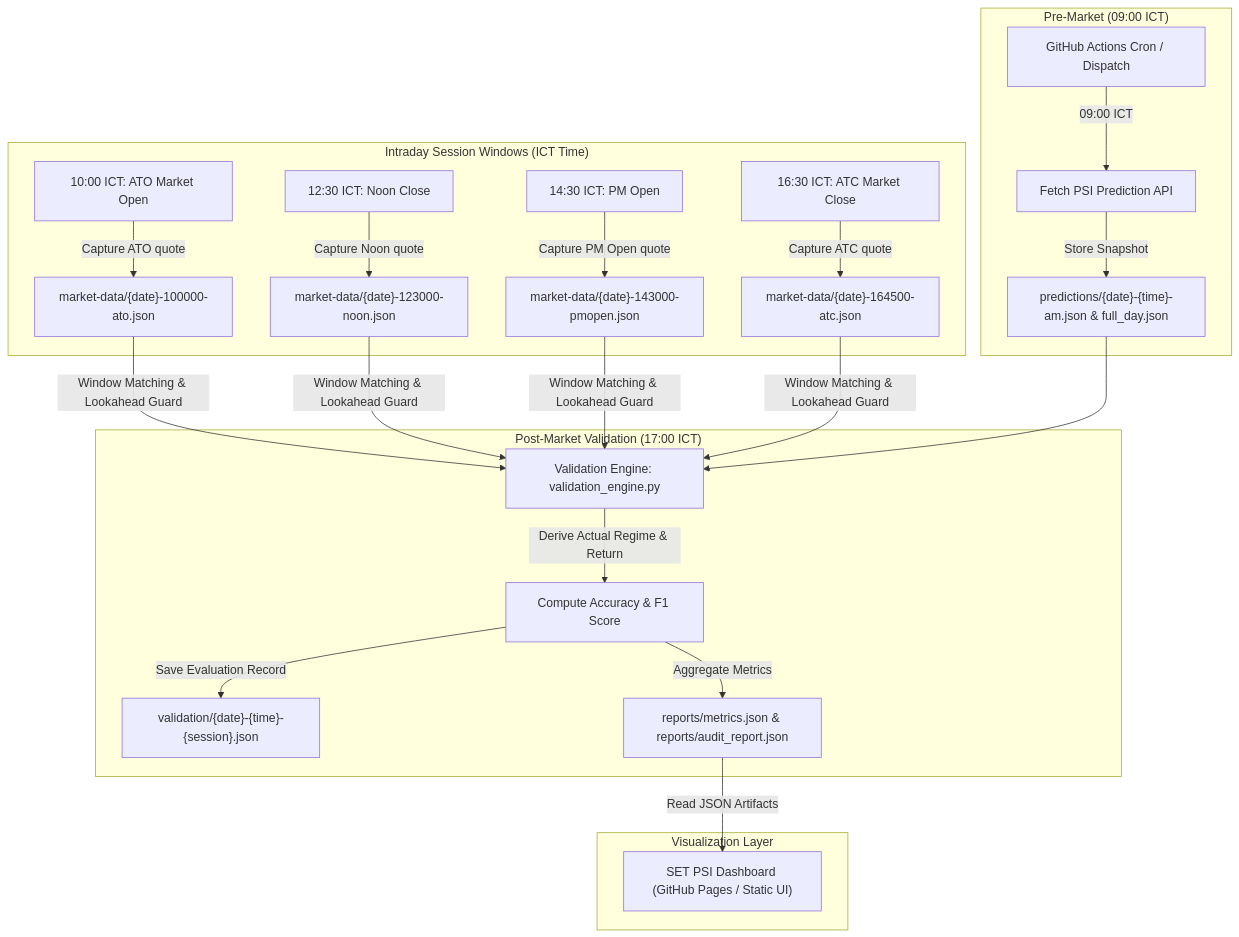
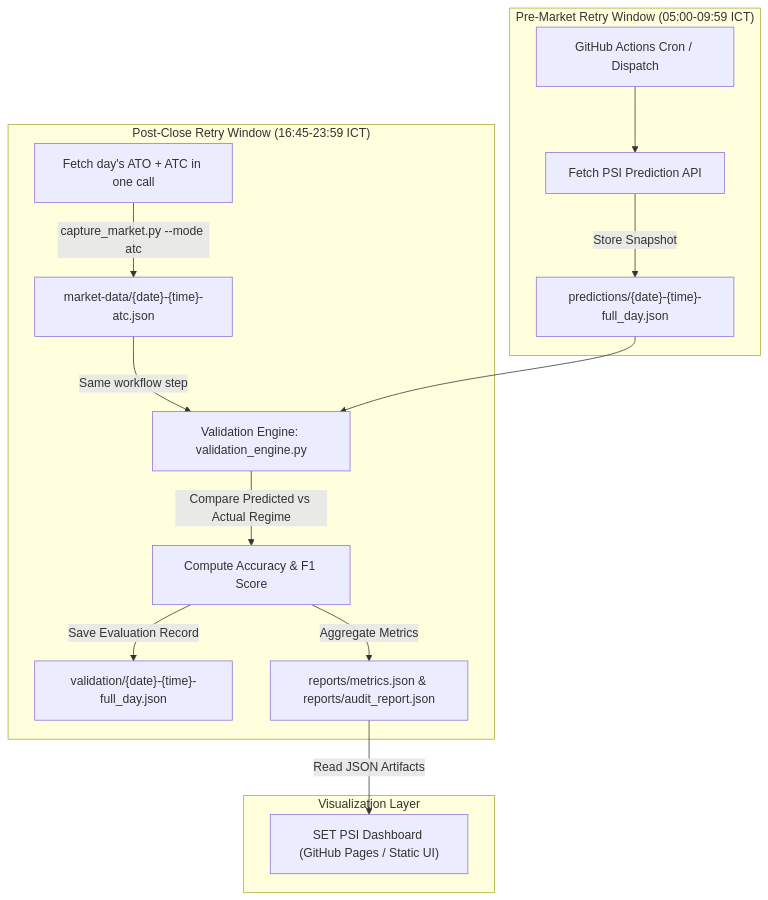
Before and after one commit to virachai/set-psi-validation: the diagram in FLOW.md, drawn with Mermaid. The commit also changed other lines of this file and 8 other files, not shown here.

````diff
--- a/FLOW.md
+++ b/FLOW.md
@@ -7,26 +7,20 @@
 ```mermaid
 graph TD
-    subgraph "Pre-Market (09:00 ICT)"
-        A[GitHub Actions Cron / Dispatch] -->|09:00 ICT| B[Fetch PSI Prediction API]
-        B -->|Store Snapshot| C["predictions/{date}-{time}-am.json & full_day.json"]
+    subgraph "Pre-Market Retry Window (05:00-09:59 ICT)"
+        A[GitHub Actions Cron / Dispatch] --> B[Fetch PSI Prediction API]
+        B -->|Store Snapshot| C["predictions/{date}-{time}-full_day.json"]
     end
 
-    subgraph "Intraday Session Windows (ICT Time)"
-        D1["10:00 ICT: ATO Market Open"] -->|Capture ATO quote| E1["market-data/{date}-100000-ato.json"]
-        D2["12:30 ICT: Noon Close"] -->|Capture Noon quote| E2["market-data/{date}-123000-noon.json"]
-        D3["14:30 ICT: PM Open"] -->|Capture PM Open quote| E3["market-data/{date}-143000-pmopen.json"]
-        D4["16:30 ICT: ATC Market Close"] -->|Capture ATC quote| E4["market-data/{date}-164500-atc.json"]
-    end
-
-    subgraph "Post-Market Validation (17:00 ICT)"
-        E1 & E2 & E3 & E4 -->|Window Matching & Lookahead Guard| F[Validation Engine: validation_engine.py]
+    subgraph "Post-Close Retry Window (16:45-23:59 ICT)"
+        D["Fetch day's ATO + ATC in one call"] -->|capture_market.py --mode atc| E["market-data/{date}-{time}-atc.json"]
+        E -->|Same workflow step| F[Validation Engine: validation_engine.py]
         C --> F
-        F -->|Derive Actual Regime & Return| G["Compute Accuracy & F1 Score"]
-        G -->|Save Evaluation Record| H["validation/{date}-{time}-{session}.json"]
+        F -->|Compare Predicted vs Actual Regime| G["Compute Accuracy & F1 Score"]
+        G -->|Save Evaluation Record| H["validation/{date}-{time}-full_day.json"]
         G -->|Aggregate Metrics| I["reports/metrics.json & reports/audit_report.json"]
     end
 
     subgraph "Visualization Layer"
         I -->|Read JSON Artifacts| J["SET PSI Dashboard (GitHub Pages / Static UI)"]
     end
 ```
````
